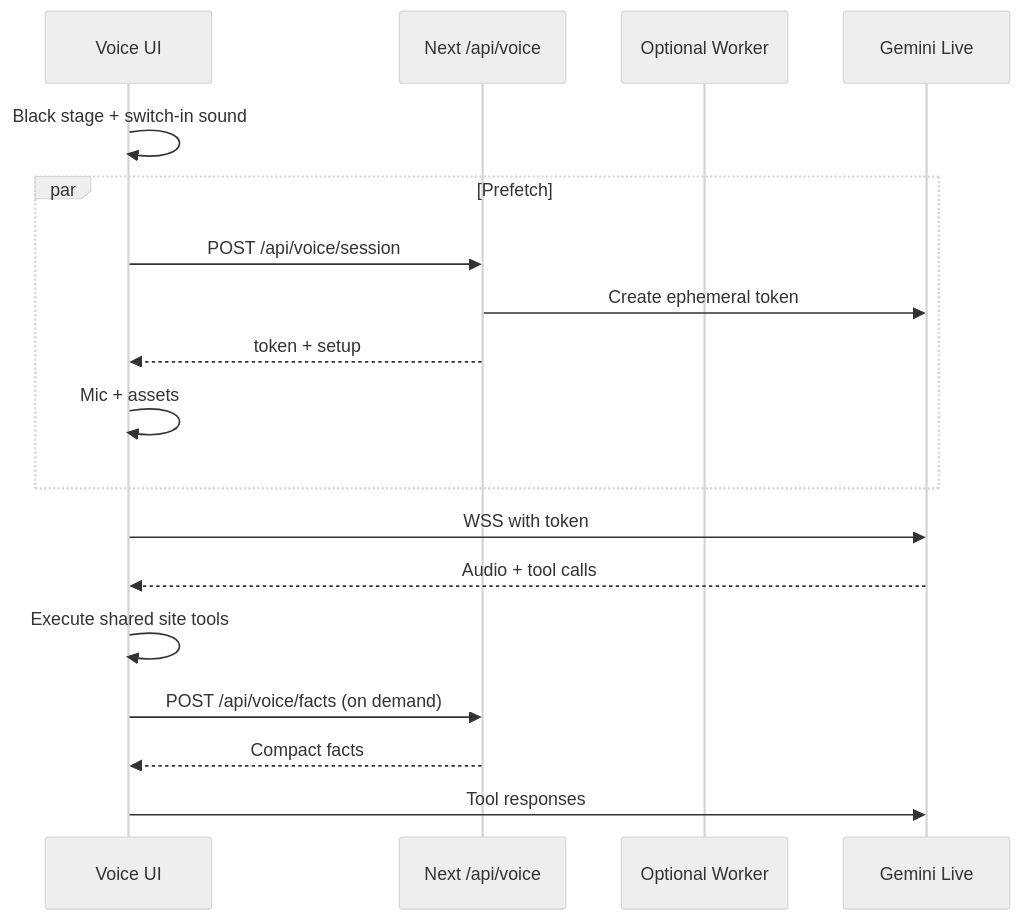
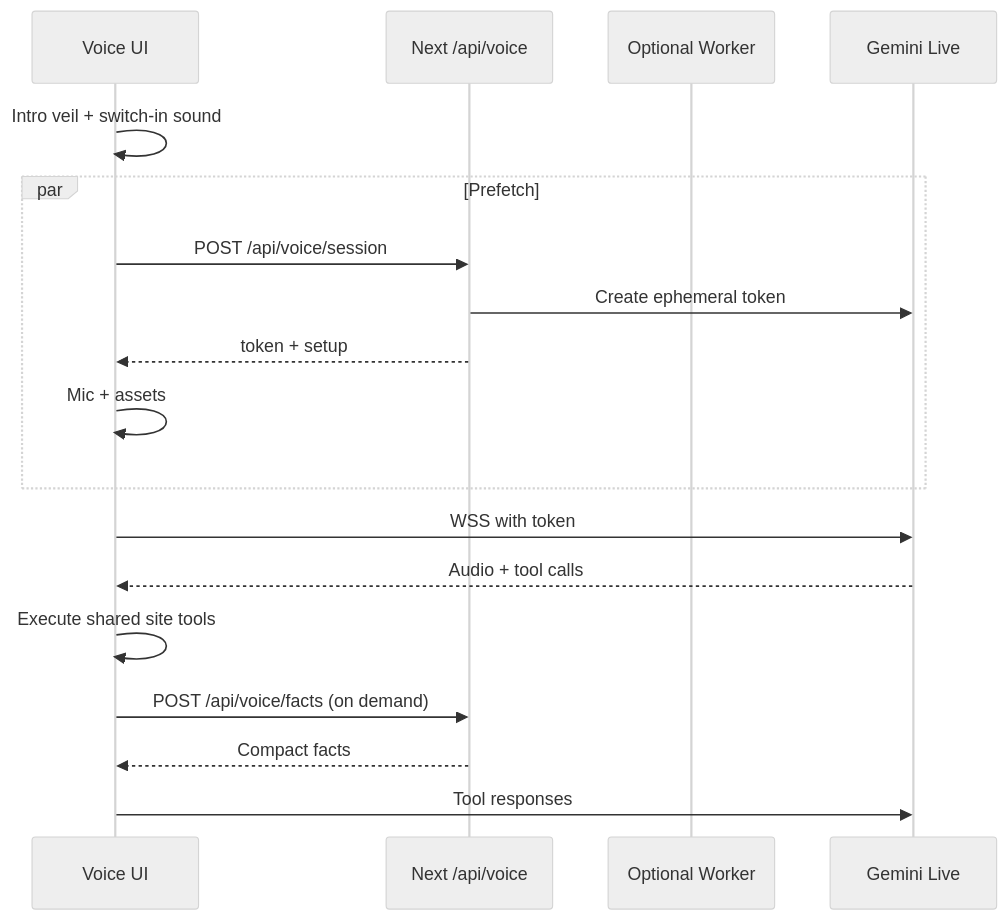
One commit to Dhruv-Mishra/portfolioWebsite changed the diagram in docs/voice-agent.md. Above: the diagram before and after it, drawn with Mermaid (neutral theme). The commit also changed other lines of this file and 25 other files, not shown here.

````diff
--- a/docs/voice-agent.md
+++ b/docs/voice-agent.md
@@ -24,20 +26,20 @@
 ```mermaid
 sequenceDiagram
   participant UI as Voice UI
   participant Origin as Next /api/voice
   participant Edge as Optional Worker
   participant Live as Gemini Live
-  UI->>UI: Black stage + switch-in sound
+  UI->>UI: Intro veil + switch-in sound
   par Prefetch
     UI->>Origin: POST /api/voice/session
     Origin->>Live: Create ephemeral token
     Origin-->>UI: token + setup
     UI->>UI: Mic + assets
   end
   UI->>Live: WSS with token
   Live-->>UI: Audio + tool calls
   UI->>UI: Execute shared site tools
   UI->>Origin: POST /api/voice/facts (on demand)
   Origin-->>UI: Compact facts
   UI->>Live: Tool responses
 ```
````
